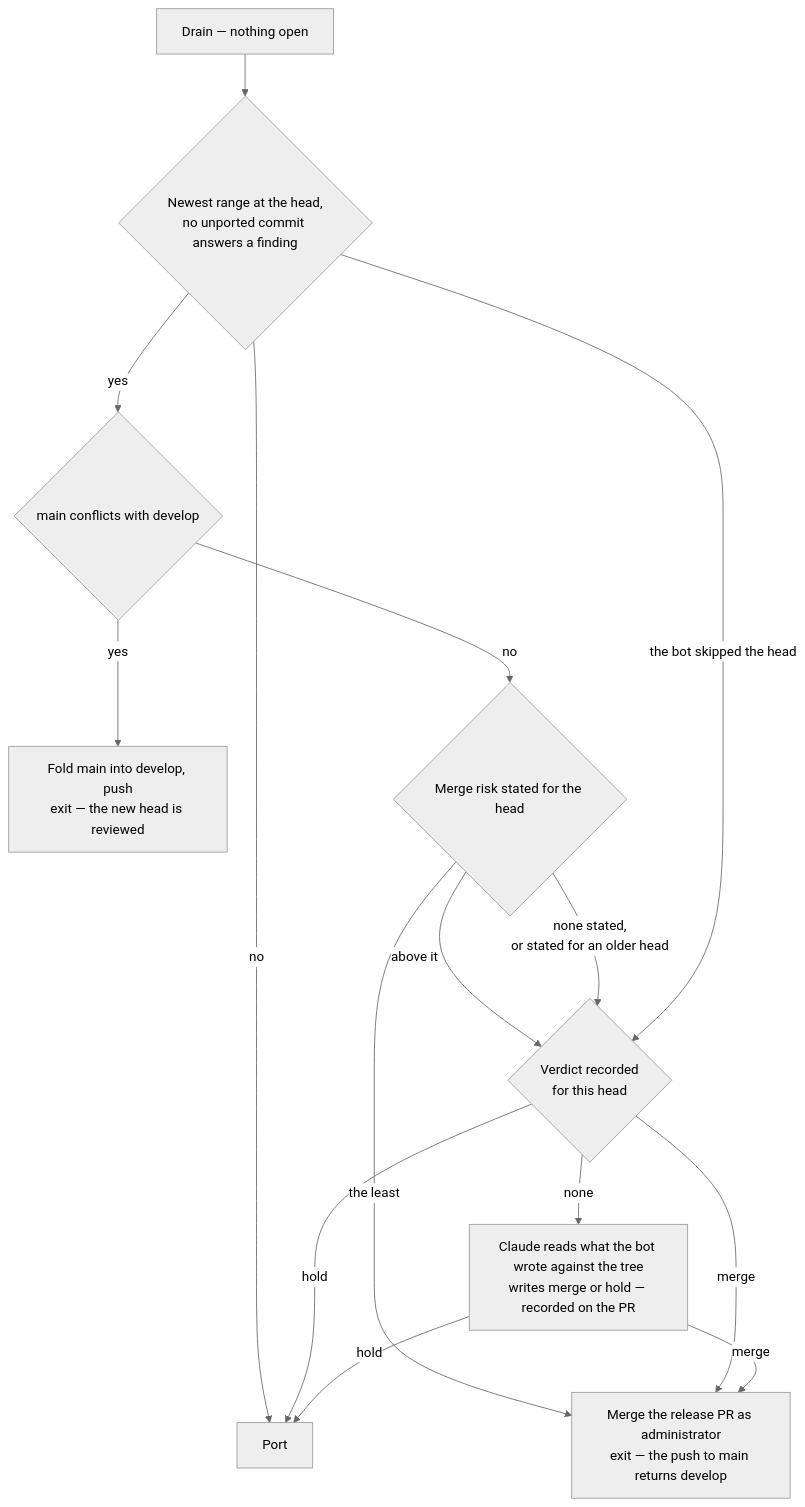
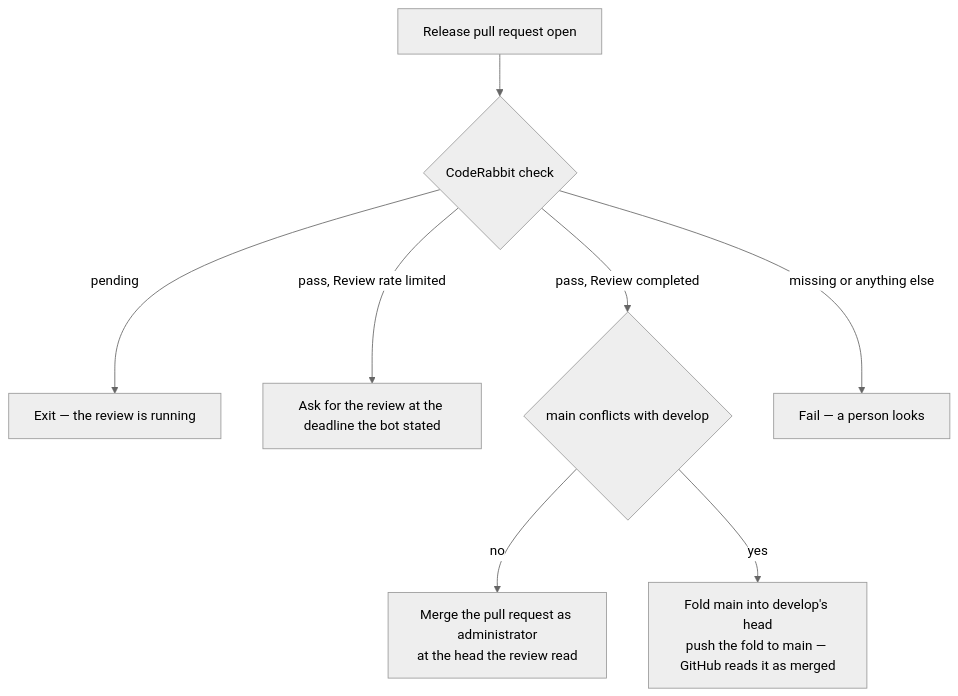
One commit to Esposter/Esposter changed the first of 3 diagrams in apps/web/content/docs/infra/review-collector/collection-cycle.md. Above: the diagram before and after it, drawn with Mermaid (neutral theme). The commit also changed other lines of this file and 15 other files, not shown here.

Commit message:
docs(review-collector): one review per release, merged on completion, findings drained after

````diff
--- a/apps/web/content/docs/infra/review-collector/collection-cycle.md
+++ b/apps/web/content/docs/infra/review-collector/collection-cycle.md
@@ -82,17 +41,10 @@
 ```mermaid
 flowchart TD
-  D[Drain — nothing open] --> CL{Newest range at the head,<br/>no unported commit answers a finding}
-  CL -->|no| P[Port]
-  CL -->|yes| FC{main conflicts with develop}
-  FC -->|yes| FR[Fold main into develop, push<br/>exit — the new head is reviewed]
-  FC -->|no| MR{Merge risk stated for the head}
-  MR -->|the least| MG[Merge the release PR as administrator<br/>exit — the push to main returns develop]
-  MR -->|above it| V{Verdict recorded<br/>for this head}
-  MR -->|none stated,<br/>or stated for an older head| V
-  CL -->|the bot skipped the head| V
-  V -->|merge| MG
-  V -->|hold| P
-  V -->|none| J[Claude reads what the bot wrote against the tree<br/>writes merge or hold — recorded on the PR]
-  J -->|merge| MG
-  J -->|hold| P
+  S[Release pull request open] --> ST{CodeRabbit check}
+  ST -->|pending| X1[Exit — the review is running]
+  ST -->|pass, Review rate limited| RL[Ask for the review at the deadline the bot stated]
+  ST -->|pass, Review completed| FC{main conflicts with develop}
+  ST -->|missing or anything else| X2[Fail — a person looks]
+  FC -->|no| MG[Merge the pull request as administrator<br/>at the head the review read]
+  FC -->|yes| FR[Fold main into develop's head<br/>push the fold to main — GitHub reads it as merged]
 ```
````
